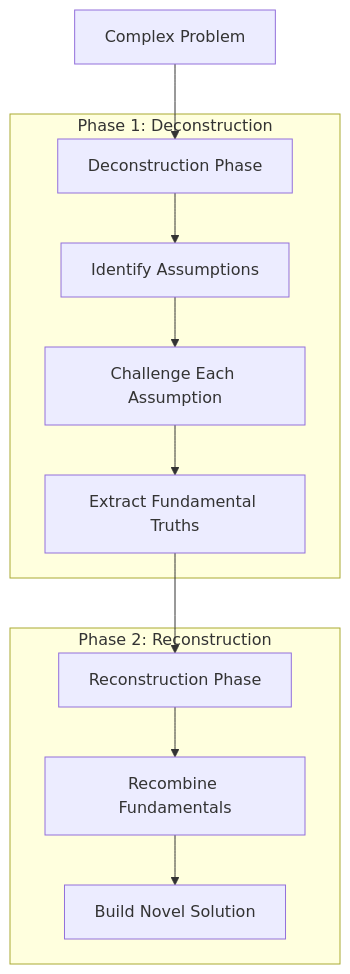
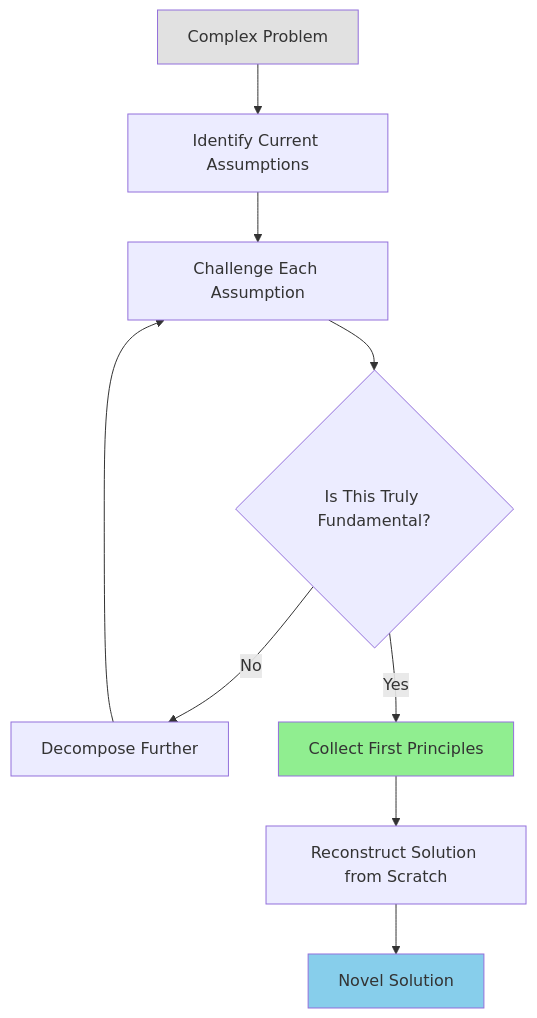
One commit to dkphung/research-vault changed the first of 5 diagrams in first-principles-thinking.md. Above: the diagram before and after it, drawn with Mermaid. The commit also changed other lines of this file, not shown here.

First line of the commit message:
docs: revise first principles thinking research

````diff
--- a/first-principles-thinking.md
+++ b/first-principles-thinking.md
@@ -66,23 +70,15 @@
 ```mermaid
 flowchart TD
-    A[Complex Problem] --> B[Deconstruction Phase]
-    B --> C[Identify Assumptions]
-    C --> D[Challenge Each Assumption]
-    D --> E[Extract Fundamental Truths]
-    E --> F[Reconstruction Phase]
-    F --> G[Recombine Fundamentals]
-    G --> H[Build Novel Solution]
+    A[Complex Problem] --> B[Identify Current Assumptions]
+    B --> C[Challenge Each Assumption]
+    C --> D{Is This Truly Fundamental?}
+    D -->|No| E[Decompose Further]
+    E --> C
+    D -->|Yes| F[Collect First Principles]
+    F --> G[Reconstruct Solution from Scratch]
+    G --> H[Novel Solution]
 
-    subgraph "Phase 1: Deconstruction"
-        B
-        C
-        D
-        E
-    end
-
-    subgraph "Phase 2: Reconstruction"
-        F
-        G
-        H
-    end
+    style A fill:#e1e1e1
+    style F fill:#90EE90
+    style H fill:#87CEEB
 ```
````
